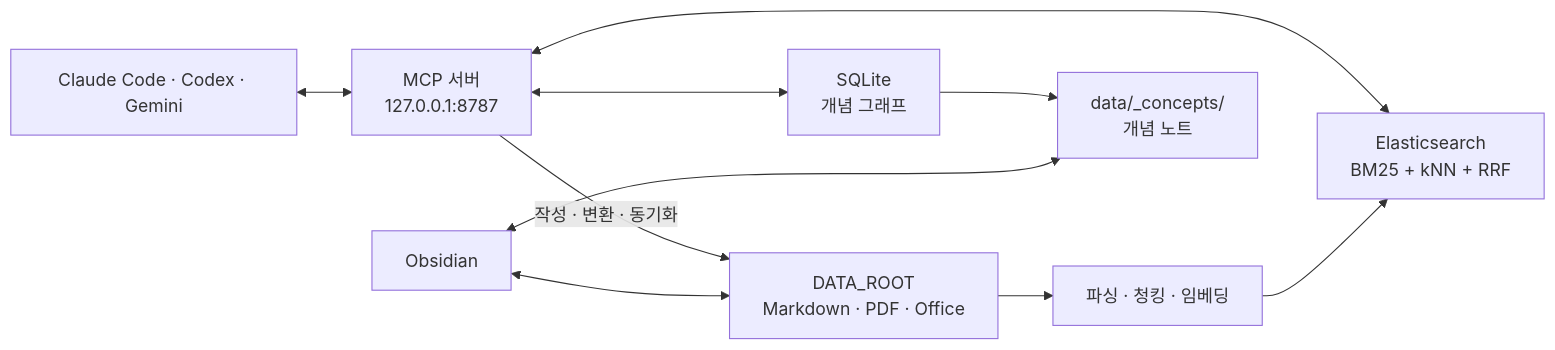
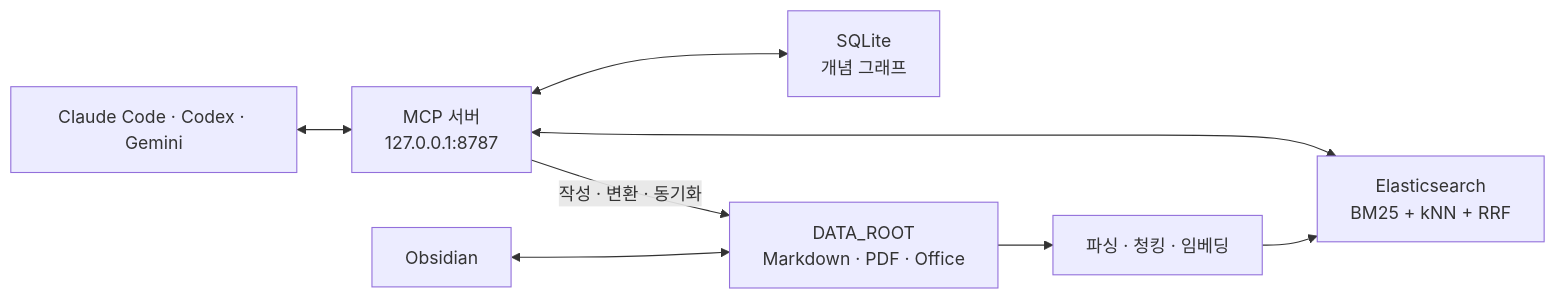
Before and after one commit to jjongkwann/personal-docs: the diagram in README.ko.md, drawn with Mermaid. The commit also changed other lines of this file and 22 other files, not shown here.

First line of the commit message:
refactor(graph)!: remove note projection

````diff
--- a/README.ko.md
+++ b/README.ko.md
@@ -43,11 +43,9 @@
 ```mermaid
 flowchart LR
     A["Claude Code · Codex · Gemini"] <--> M["MCP 서버<br/>127.0.0.1:8787"]
     M <--> E["Elasticsearch<br/>BM25 + kNN + RRF"]
     M <--> G["SQLite<br/>개념 그래프"]
     D["DATA_ROOT<br/>Markdown · PDF · Office"] --> I["파싱 · 청킹 · 임베딩"] --> E
     M -->|작성 · 변환 · 동기화| D
-    G --> C["data/_concepts/<br/>개념 노트"]
     O["Obsidian"] <--> D
-    O <--> C
 ```
````
